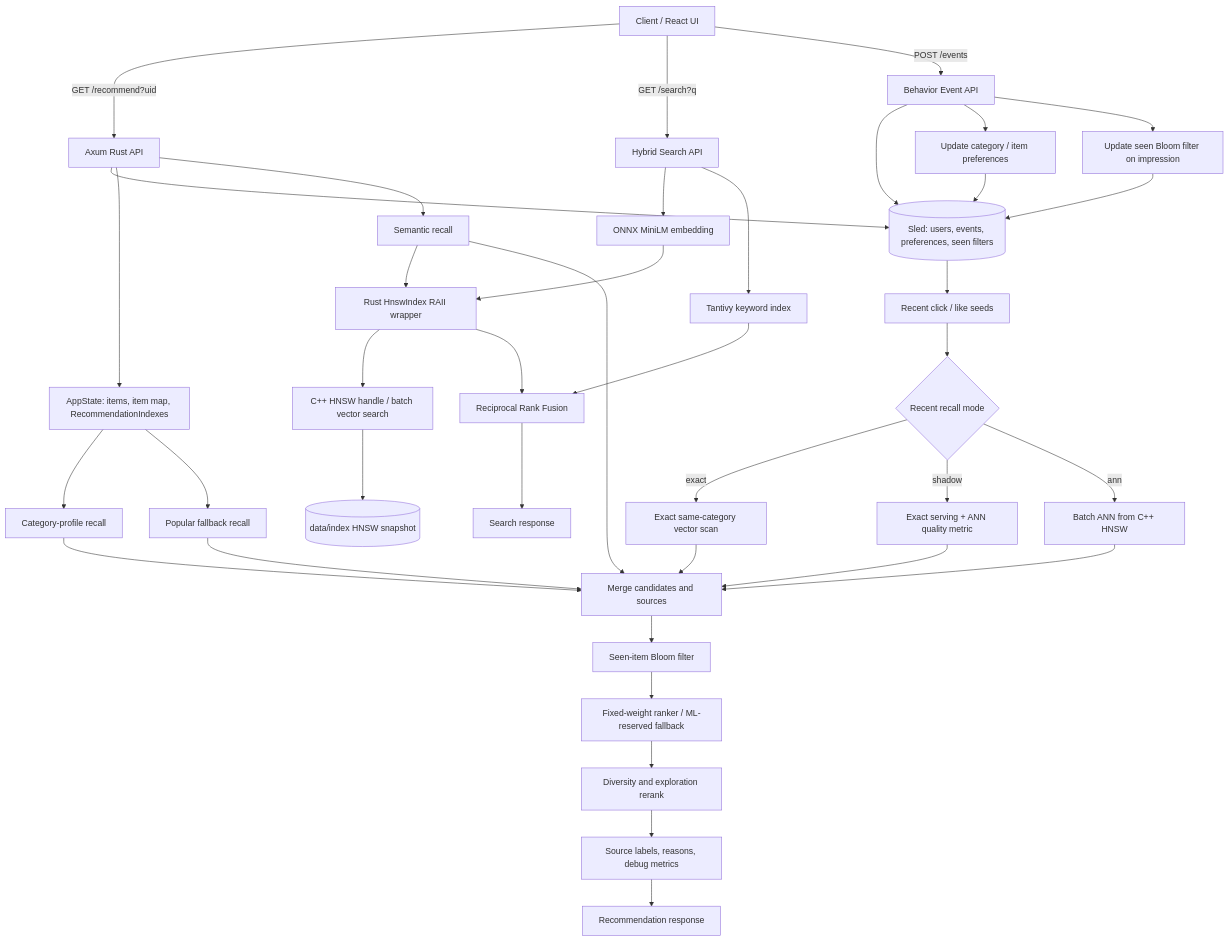
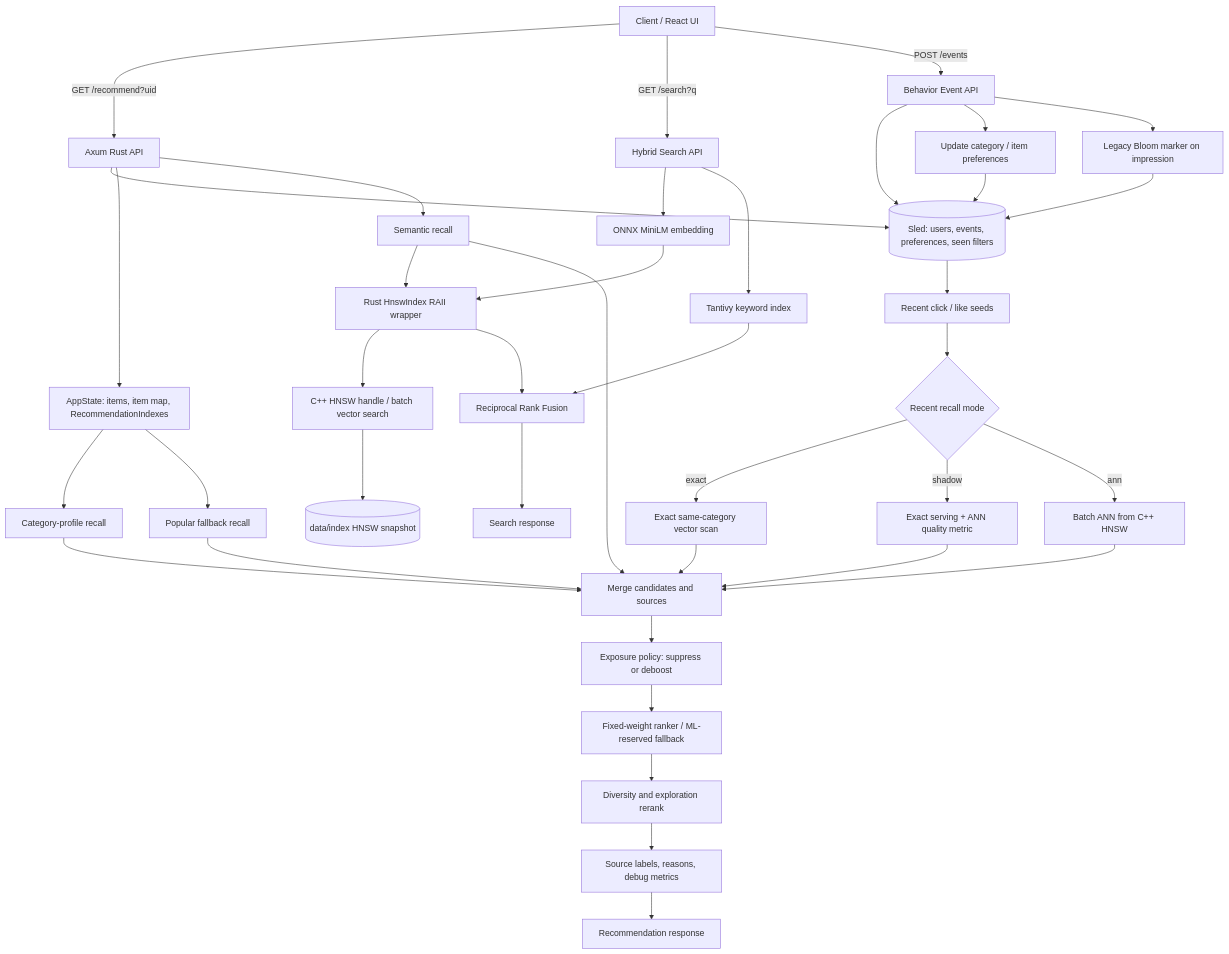
The diagram in README.md (lliusshijjie/mini-recsys), drawn with Mermaid before and after one commit. The commit also changed other lines of this file and 8 other files, not shown here.

Commit message:
recommendation: refine exposure filtering policy

````diff
--- a/README.md
+++ b/README.md
@@ -24,47 +25,47 @@
 ```mermaid
 flowchart TD
     Client[Client / React UI] -->|GET /recommend?uid| Axum[Axum Rust API]
     Client -->|GET /search?q| SearchApi[Hybrid Search API]
     Client -->|POST /events| Events[Behavior Event API]
 
     Axum --> Storage[(Sled: users, events, preferences, seen filters)]
     Axum --> AppState[AppState: items, item map, RecommendationIndexes]
     Axum --> Semantic[Semantic recall]
     Semantic --> HnswRust[Rust HnswIndex RAII wrapper]
     HnswRust --> HnswCpp[C++ HNSW handle / batch vector search]
     HnswCpp --> HnswFile[(data/index HNSW snapshot)]
 
     AppState --> Category[Category-profile recall]
     AppState --> Popular[Popular fallback recall]
     Storage --> RecentSeeds[Recent click / like seeds]
     RecentSeeds --> RecentMode{Recent recall mode}
     RecentMode -->|exact| RecentExact[Exact same-category vector scan]
     RecentMode -->|shadow| RecentShadow[Exact serving + ANN quality metric]
     RecentMode -->|ann| RecentAnn[Batch ANN from C++ HNSW]
 
     Semantic --> Merge[Merge candidates and sources]
     Category --> Merge
     Popular --> Merge
     RecentExact --> Merge
     RecentShadow --> Merge
     RecentAnn --> Merge
 
-    Merge --> Seen[Seen-item Bloom filter]
-    Seen --> Rank[Fixed-weight ranker / ML-reserved fallback]
+    Merge --> Exposure[Exposure policy: suppress or deboost]
+    Exposure --> Rank[Fixed-weight ranker / ML-reserved fallback]
     Rank --> Rerank[Diversity and exploration rerank]
     Rerank --> Explain[Source labels, reasons, debug metrics]
     Explain --> Response[Recommendation response]
 
     SearchApi --> Embed[ONNX MiniLM embedding]
     Embed --> HnswRust
     SearchApi --> Tantivy[Tantivy keyword index]
     HnswRust --> RRF[Reciprocal Rank Fusion]
     Tantivy --> RRF
     RRF --> SearchResponse[Search response]
 
     Events --> Storage
     Events --> Preferences[Update category / item preferences]
-    Events --> SeenWrite[Update seen Bloom filter on impression]
+    Events --> SeenWrite[Legacy Bloom marker on impression]
     Preferences --> Storage
     SeenWrite --> Storage
 ```
````
